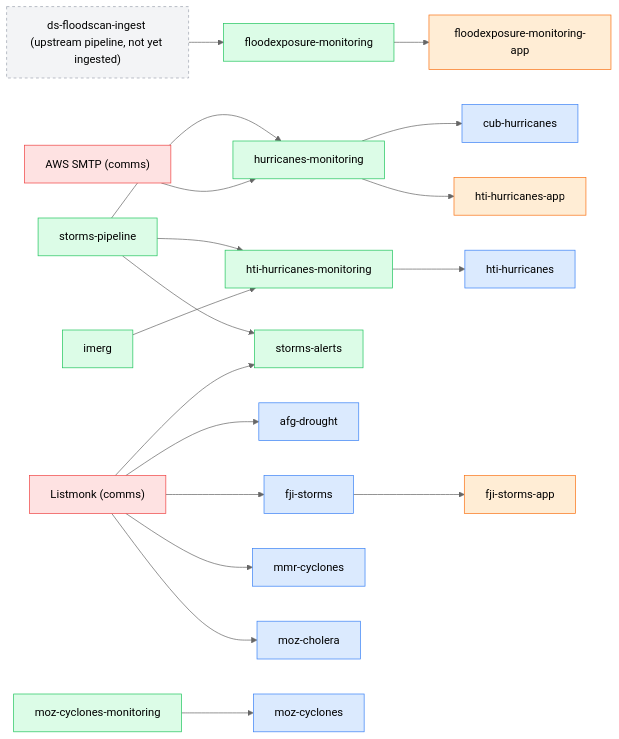
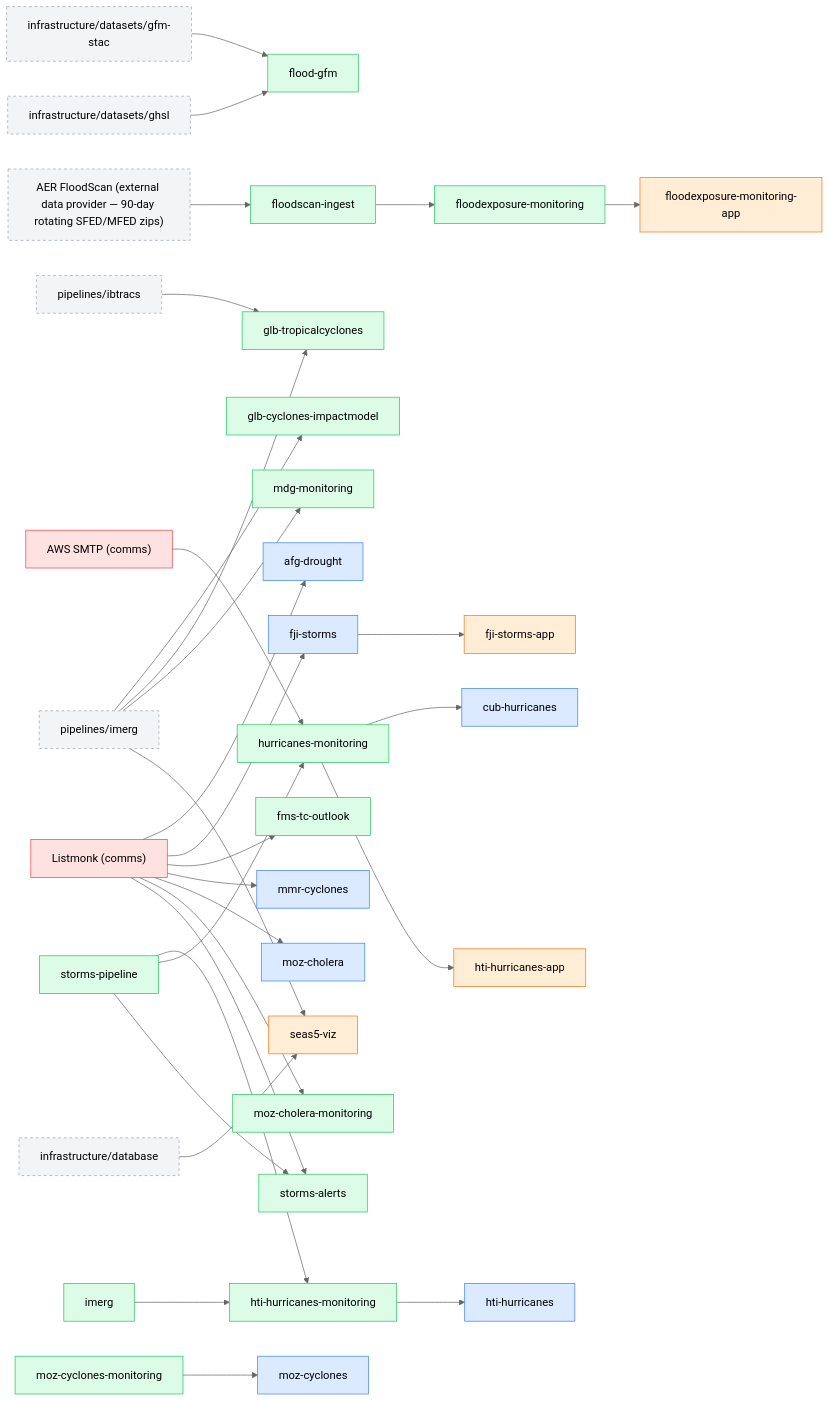
Before and after one commit to OCHA-DAP/ds-knowledge-base: the diagram in infrastructure/dependency-graph.md, drawn with Mermaid (neutral theme). The commit also changed other lines of this file and 13 other files, not shown here.

````diff
--- a/infrastructure/dependency-graph.md
+++ b/infrastructure/dependency-graph.md
@@ -26,50 +32,74 @@
 ```mermaid
 graph LR
   n_aws_smtp["AWS SMTP (comms)"]
   n_listmonk["Listmonk (comms)"]
-  n_floodscan_ingest["ds-floodscan-ingest (upstream pipeline, not yet ingested)"]
+  n_aer_floodscan__external_data_provider___90_day_rotating_sfed_mfed_zips_["AER FloodScan (external data provider — 90-day rotating SFED/MFED zips)"]
+  n_infrastructure_database["infrastructure/database"]
+  n_infrastructure_datasets_gfm_stac["infrastructure/datasets/gfm-stac"]
+  n_infrastructure_datasets_ghsl["infrastructure/datasets/ghsl"]
+  n_pipelines_ibtracs["pipelines/ibtracs"]
+  n_pipelines_imerg["pipelines/imerg"]
+  n_flood_gfm["flood-gfm"]
   n_floodexposure_monitoring["floodexposure-monitoring"]
+  n_floodscan_ingest["floodscan-ingest"]
+  n_fms_tc_outlook["fms-tc-outlook"]
+  n_glb_cyclones_impactmodel["glb-cyclones-impactmodel"]
+  n_glb_tropicalcyclones["glb-tropicalcyclones"]
   n_hti_hurricanes_monitoring["hti-hurricanes-monitoring"]
   n_hurricanes_monitoring["hurricanes-monitoring"]
   n_imerg["imerg"]
+  n_mdg_monitoring["mdg-monitoring"]
+  n_moz_cholera_monitoring["moz-cholera-monitoring"]
   n_moz_cyclones_monitoring["moz-cyclones-monitoring"]
   n_storms_alerts["storms-alerts"]
   n_storms_pipeline["storms-pipeline"]
   n_fji_storms_app["fji-storms-app"]
   n_floodexposure_monitoring_app["floodexposure-monitoring-app"]
   n_hti_hurricanes_app["hti-hurricanes-app"]
+  n_seas5_viz["seas5-viz"]
   n_afg_drought["afg-drought"]
   n_cub_hurricanes["cub-hurricanes"]
   n_fji_storms["fji-storms"]
   n_hti_hurricanes["hti-hurricanes"]
   n_mmr_cyclones["mmr-cyclones"]
   n_moz_cholera["moz-cholera"]
   n_moz_cyclones["moz-cyclones"]
   n_listmonk --> n_afg_drought
   n_hurricanes_monitoring --> n_cub_hurricanes
   n_listmonk --> n_fji_storms
   n_fji_storms --> n_fji_storms_app
+  n_infrastructure_datasets_gfm_stac --> n_flood_gfm
+  n_infrastructure_datasets_ghsl --> n_flood_gfm
   n_floodscan_ingest --> n_floodexposure_monitoring
   n_floodexposure_monitoring --> n_floodexposure_monitoring_app
+  n_aer_floodscan__external_data_provider___90_day_rotating_sfed_mfed_zips_ --> n_floodscan_ingest
+  n_listmonk --> n_fms_tc_outlook
+  n_pipelines_imerg --> n_glb_cyclones_impactmodel
+  n_pipelines_ibtracs --> n_glb_tropicalcyclones
+  n_pipelines_imerg --> n_glb_tropicalcyclones
   n_hti_hurricanes_monitoring --> n_hti_hurricanes
   n_hurricanes_monitoring --> n_hti_hurricanes_app
   n_imerg --> n_hti_hurricanes_monitoring
   n_storms_pipeline --> n_hti_hurricanes_monitoring
   n_aws_smtp --> n_hurricanes_monitoring
   n_storms_pipeline --> n_hurricanes_monitoring
+  n_pipelines_imerg --> n_mdg_monitoring
   n_listmonk --> n_mmr_cyclones
   n_listmonk --> n_moz_cholera
+  n_listmonk --> n_moz_cholera_monitoring
   n_moz_cyclones_monitoring --> n_moz_cyclones
+  n_infrastructure_database --> n_seas5_viz
+  n_pipelines_imerg --> n_seas5_viz
   n_listmonk --> n_storms_alerts
   n_storms_pipeline --> n_storms_alerts
   classDef framework fill:#dbeafe,stroke:#3b82f6;
   classDef pipeline fill:#dcfce7,stroke:#22c55e;
   classDef app fill:#ffedd5,stroke:#f97316;
   classDef infra fill:#fee2e2,stroke:#ef4444;
   classDef external fill:#f3f4f6,stroke:#9ca3af,stroke-dasharray:4;
-  class n_moz_cyclones,n_cub_hurricanes,n_fji_storms,n_hti_hurricanes,n_mmr_cyclones,n_afg_drought,n_moz_cholera framework;
-  class n_storms_alerts,n_imerg,n_moz_cyclones_monitoring,n_hurricanes_monitoring,n_storms_pipeline,n_floodexposure_monitoring,n_hti_hurricanes_monitoring pipeline;
-  class n_fji_storms_app,n_hti_hurricanes_app,n_floodexposure_monitoring_app app;
+  class n_moz_cholera,n_cub_hurricanes,n_afg_drought,n_hti_hurricanes,n_fji_storms,n_mmr_cyclones,n_moz_cyclones framework;
+  class n_mdg_monitoring,n_fms_tc_outlook,n_floodexposure_monitoring,n_floodscan_ingest,n_moz_cyclones_monitoring,n_storms_alerts,n_glb_cyclones_impactmodel,n_hti_hurricanes_monitoring,n_flood_gfm,n_moz_cholera_monitoring,n_storms_pipeline,n_imerg,n_hurricanes_monitoring,n_glb_tropicalcyclones pipeline;
+  class n_hti_hurricanes_app,n_floodexposure_monitoring_app,n_seas5_viz,n_fji_storms_app app;
   class n_listmonk,n_aws_smtp infra;
-  class n_floodscan_ingest external;
+  class n_pipelines_imerg,n_infrastructure_datasets_gfm_stac,n_infrastructure_database,n_pipelines_ibtracs,n_aer_floodscan__external_data_provider___90_day_rotating_sfed_mfed_zips_,n_infrastructure_datasets_ghsl external;
 ```
````
